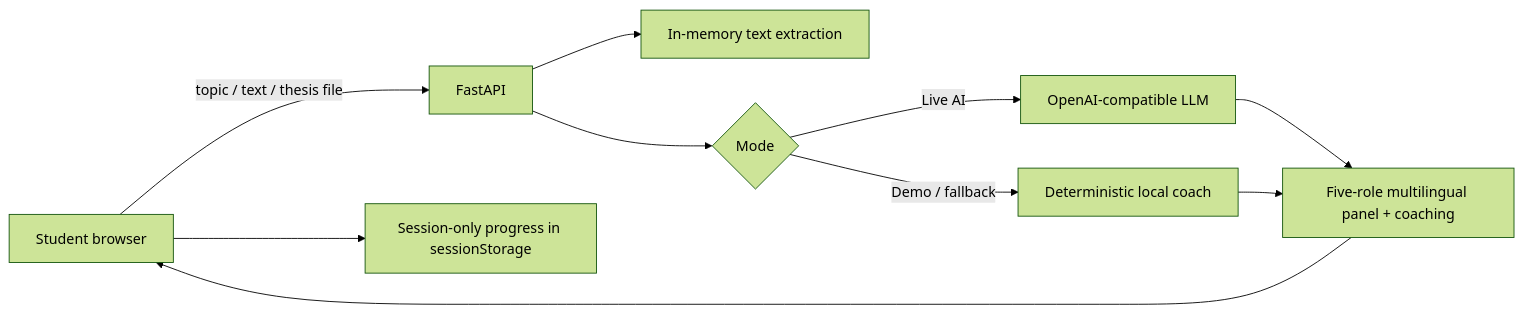
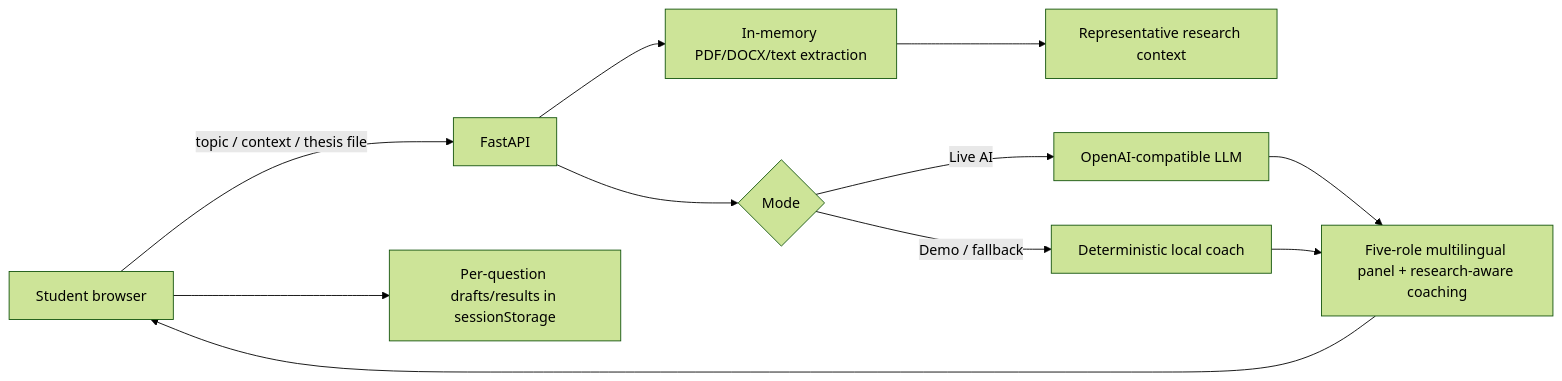
The diagram in README.md (voityvaity/tngimpact-final-defence-coach), drawn with Mermaid (forest theme) before and after one commit. The commit also changed other lines of this file, not shown here.

Commit message:
Document user-centered UX and research-aware coaching

````diff
--- a/README.md
+++ b/README.md
@@ -95,12 +119,13 @@
 ```mermaid
 flowchart LR
-    U[Student browser] -->|topic / text / thesis file| F[FastAPI]
-    F --> X[In-memory text extraction]
+    U[Student browser] -->|topic / context / thesis file| F[FastAPI]
+    F --> X[In-memory PDF/DOCX/text extraction]
+    X --> C[Representative research context]
     F --> M{Mode}
     M -->|Live AI| L[OpenAI-compatible LLM]
     M -->|Demo / fallback| D[Deterministic local coach]
-    L --> P[Five-role multilingual panel + coaching]
+    L --> P[Five-role multilingual panel + research-aware coaching]
     D --> P
     P --> U
-    U --> S[Session-only progress in sessionStorage]
+    U --> S[Per-question drafts/results in sessionStorage]
 ```
````
